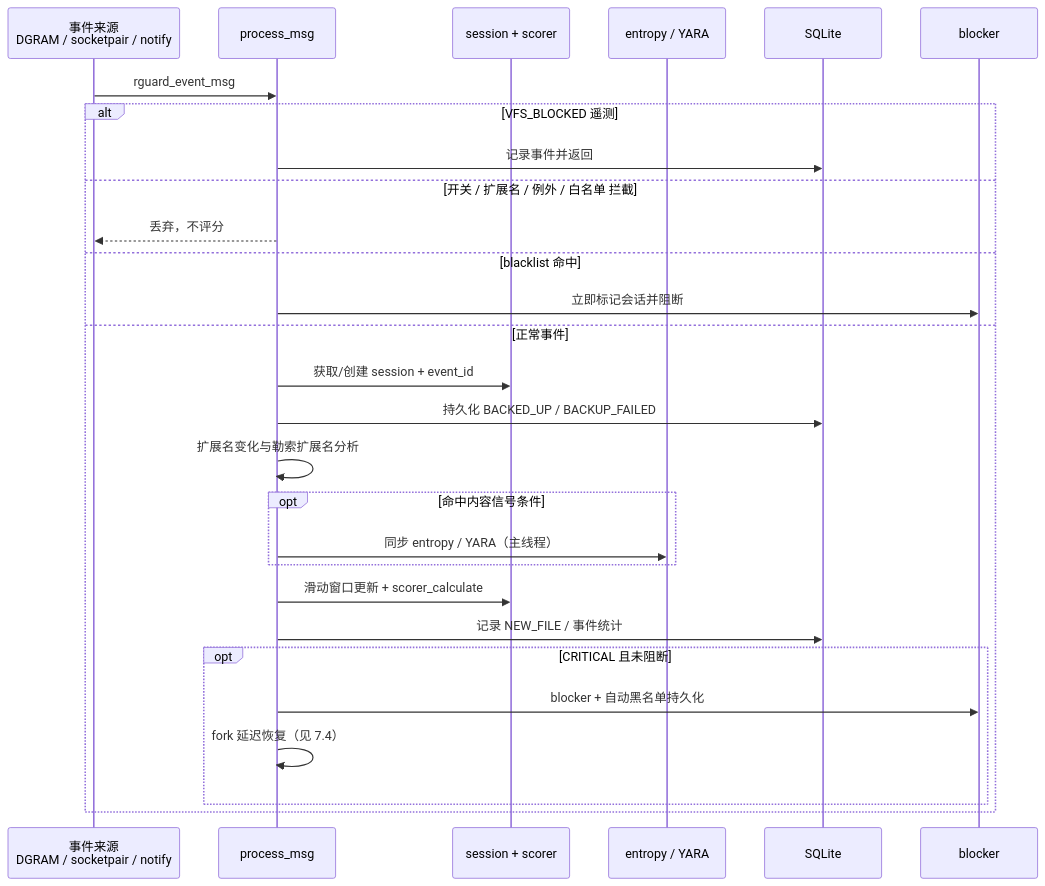
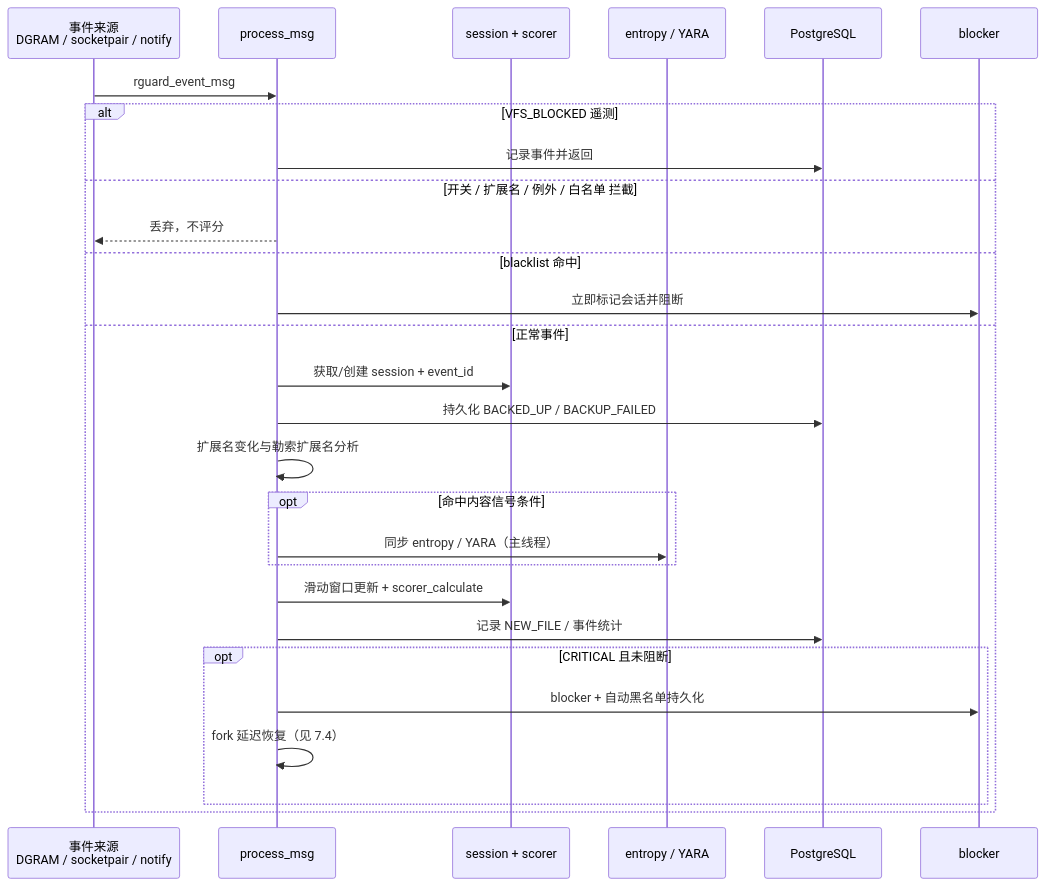
Before and after one commit to xd121614/ne_gfrguard: the seventh of 11 diagrams in doc/specs/architecture_v2.md, drawn with Mermaid. The commit also changed other lines of this file, not shown here.

````diff
--- a/doc/specs/architecture_v2.md
+++ b/doc/specs/architecture_v2.md
@@ -395,31 +396,31 @@
 ```mermaid
 sequenceDiagram
 	participant IN as 事件来源<br/>DGRAM / socketpair / notify
 	participant M as process_msg
 	participant S as session + scorer
 	participant C as entropy / YARA
-	participant DB as SQLite
+	participant DB as PostgreSQL
 	participant B as blocker
 
 	IN->>M: rguard_event_msg
 	alt VFS_BLOCKED 遥测
 		M->>DB: 记录事件并返回
 	else 开关 / 扩展名 / 例外 / 白名单 拦截
 		M-->>IN: 丢弃，不评分
 	else blacklist 命中
 		M->>B: 立即标记会话并阻断
 	else 正常事件
 		M->>S: 获取/创建 session + event_id
 		M->>DB: 持久化 BACKED_UP / BACKUP_FAILED
 		M->>M: 扩展名变化与勒索扩展名分析
 		opt 命中内容信号条件
 			M->>C: 同步 entropy / YARA（主线程）
 		end
 		M->>S: 滑动窗口更新 + scorer_calculate
 		M->>DB: 记录 NEW_FILE / 事件统计
 		opt CRITICAL 且未阻断
 			M->>B: blocker + 自动黑名单持久化
 			M->>M: fork 延迟恢复（见 7.4）
 		end
 	end
 ```
````
